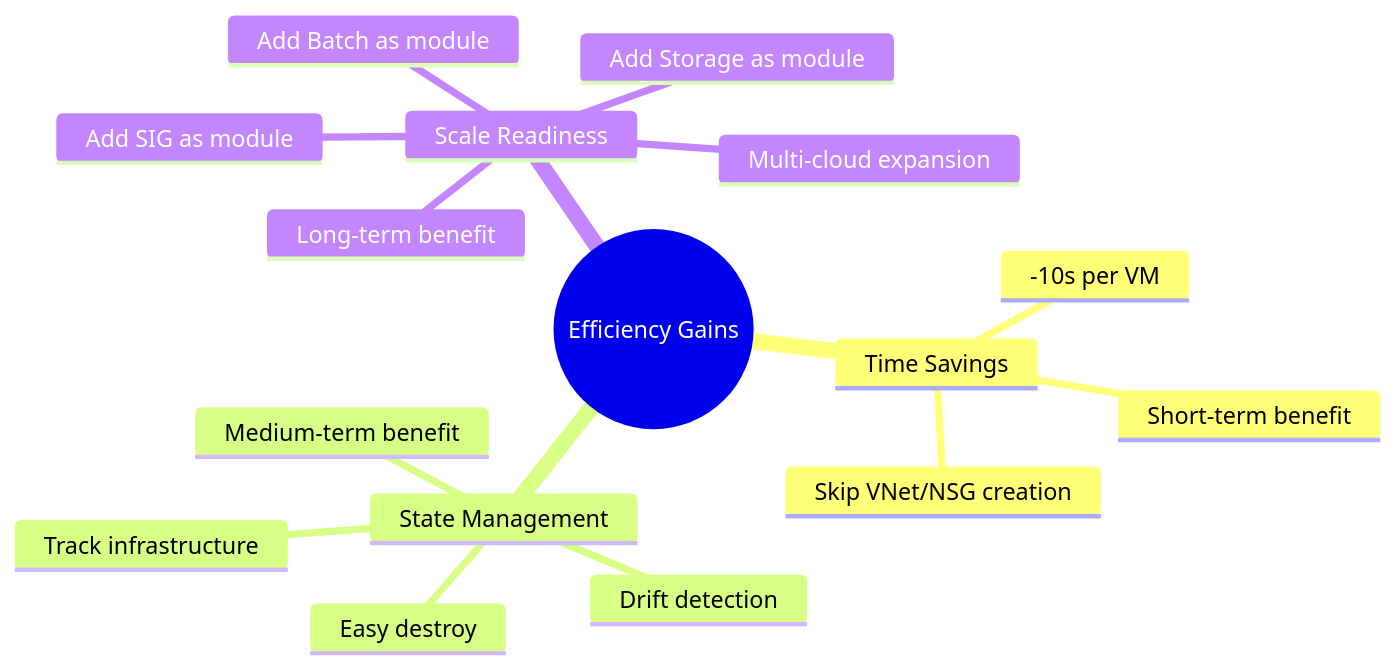
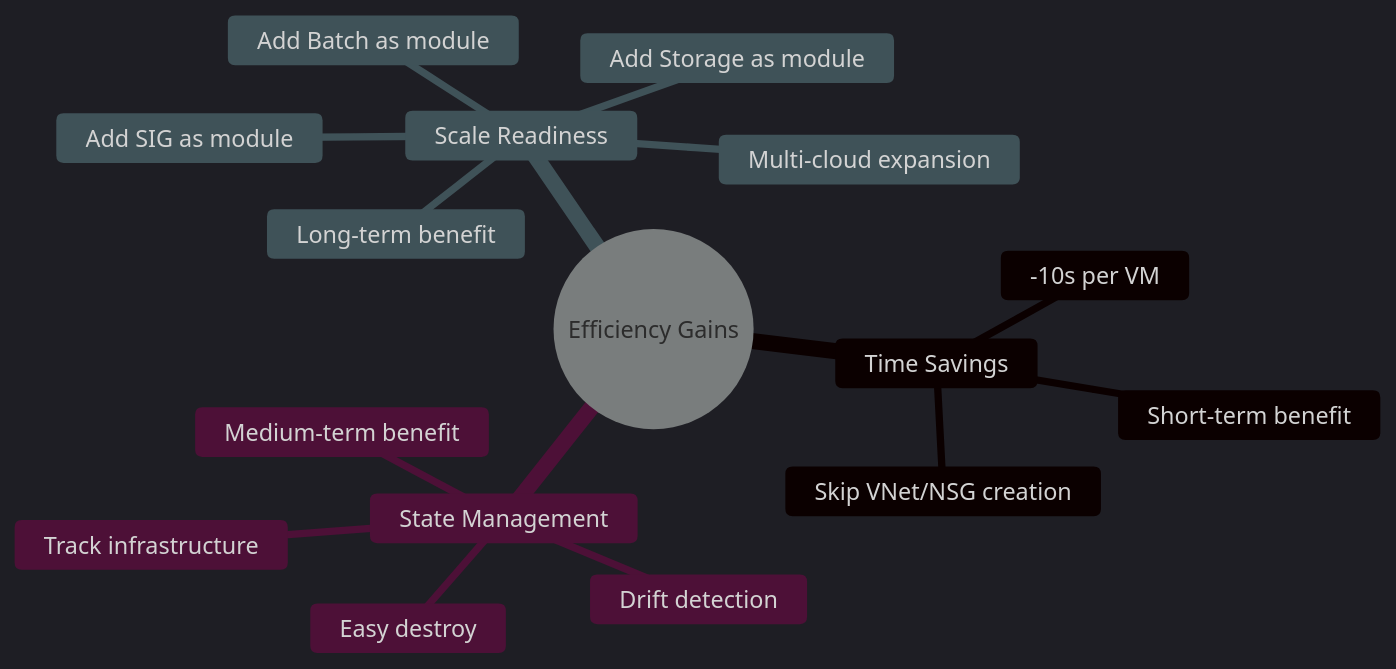
One commit to JindoKimKor/Self-Binnacle changed the fourth of 5 diagrams in Voyages/Projects/unity-ci-enabler/resources/terraform-migration-analysis.md. Above: the diagram before and after it, drawn with Mermaid.

Commit message:
style(unity-ci-enabler): Add dark theme to mindmap for visibility

````diff
--- a/Voyages/Projects/unity-ci-enabler/resources/terraform-migration-analysis.md
+++ b/Voyages/Projects/unity-ci-enabler/resources/terraform-migration-analysis.md
@@ -112,19 +112,20 @@
 ```mermaid
+%%{init: {'theme': 'dark'}}%%
 mindmap
   root((Efficiency Gains))
     Time Savings
       -10s per VM
       Skip VNet/NSG creation
       Short-term benefit
     State Management
       Track infrastructure
       Drift detection
       Easy destroy
       Medium-term benefit
     Scale Readiness
       Add Batch as module
       Add SIG as module
       Add Storage as module
       Multi-cloud expansion
       Long-term benefit
 ```
````
